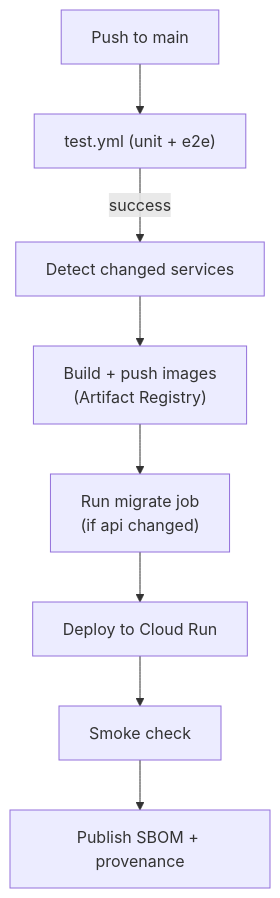
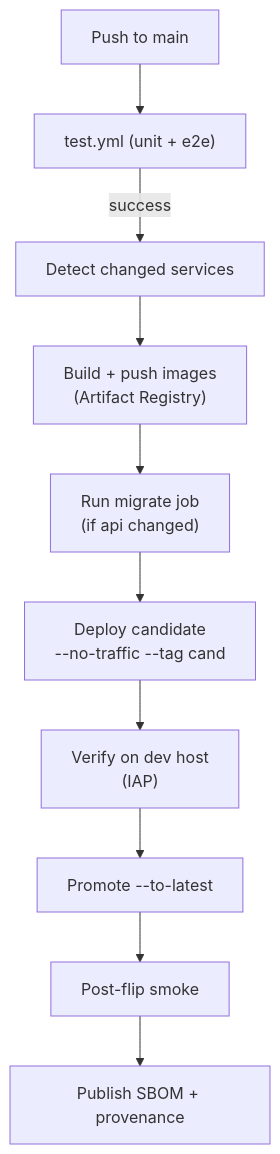
Before and after one commit to ALucek/chat-lucek: the diagram in docs/deployment.md, drawn with Mermaid. The commit also changed other lines of this file and 4 other files, not shown here.

First line of the commit message:
feat(ci): blue-green deploy via the dev host (#222)

````diff
--- a/docs/deployment.md
+++ b/docs/deployment.md
@@ -9,10 +9,12 @@
 ```mermaid
 flowchart TB
     push["Push to main"] --> test["test.yml (unit + e2e)"]
     test -->|success| changes["Detect changed services"]
     changes --> build["Build + push images<br/>(Artifact Registry)"]
     build --> migrate["Run migrate job<br/>(if api changed)"]
-    migrate --> deploy["Deploy to Cloud Run"]
-    deploy --> smoke["Smoke check"]
+    migrate --> cand["Deploy candidate<br/>--no-traffic --tag cand"]
+    cand --> verify["Verify on dev host<br/>(IAP)"]
+    verify --> promote["Promote --to-latest"]
+    promote --> smoke["Post-flip smoke"]
     smoke --> attest["Publish SBOM + provenance"]
 ```
````
